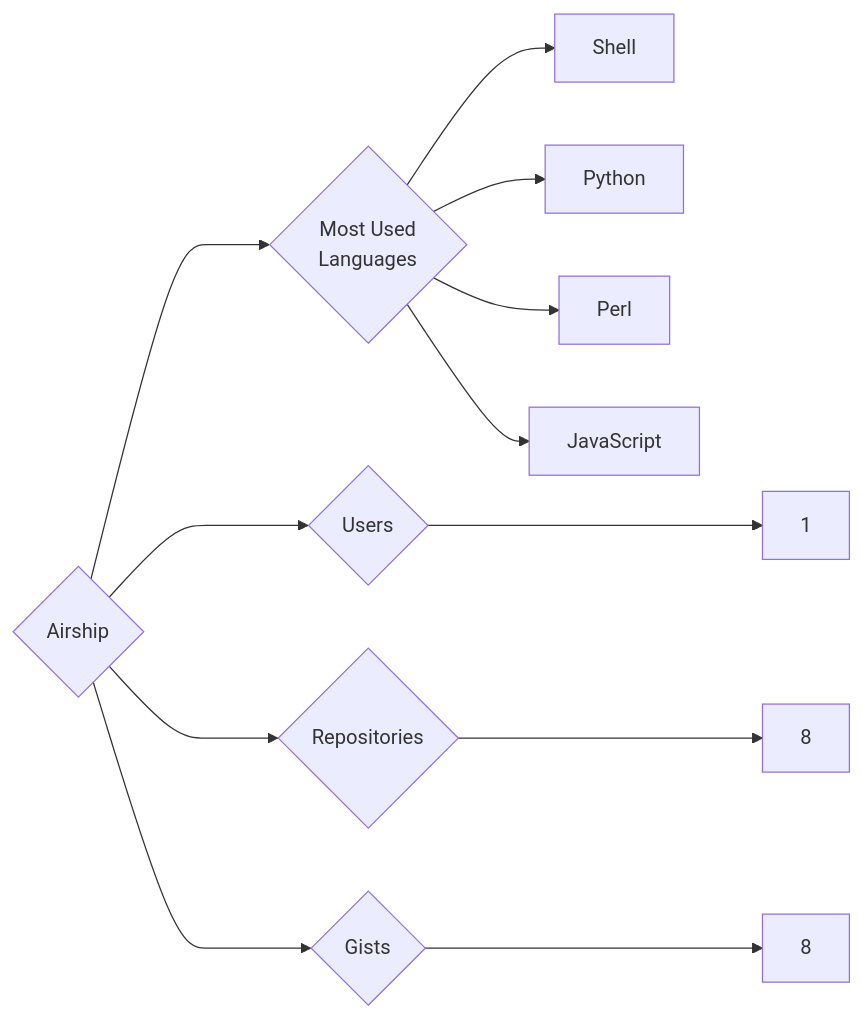
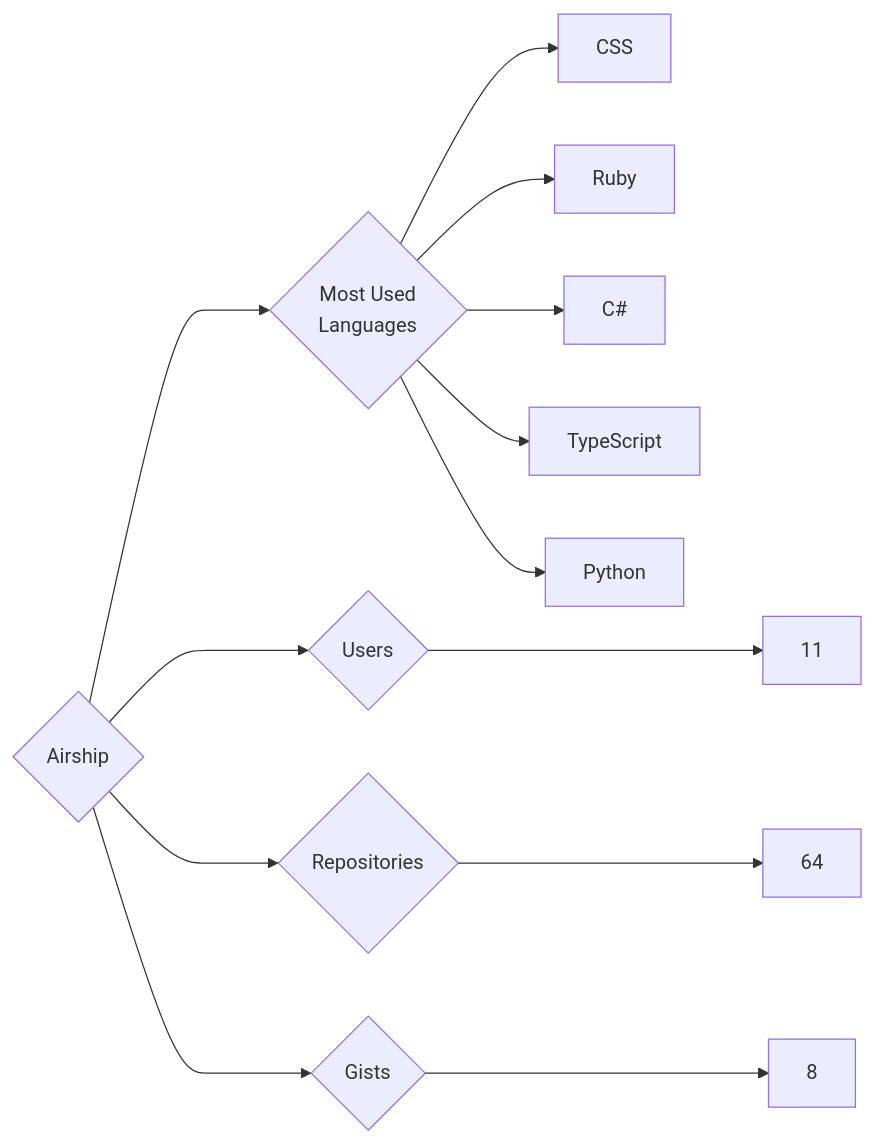
The diagram in targets/Airship/README.md (trickest/insiders), drawn with Mermaid before and after one commit. The commit also changed 736 other files, not shown here.

````diff
--- a/targets/Airship/README.md
+++ b/targets/Airship/README.md
@@ -3,12 +3,13 @@
 ```mermaid
 graph LR
 COMPANY_NAME{Airship}
-COMPANY_NAME ---> U{Users} ---> UN[1]
-COMPANY_NAME ---> R{Repositories} ---> RN[8]
+COMPANY_NAME ---> U{Users} ---> UN[11]
+COMPANY_NAME ---> R{Repositories} ---> RN[64]
 COMPANY_NAME ---> G{Gists} ---> GN[8]
 COMPANY_NAME ---> ML{Most Used<br>Languages}
-ML --> Shell[Shell]
+ML --> CSS[CSS]
+ML --> Ruby[Ruby]
+ML --> C#[C#]
+ML --> TypeScript[TypeScript]
 ML --> Python[Python]
-ML --> Perl[Perl]
-ML --> JavaScript[JavaScript]
 ```
````
